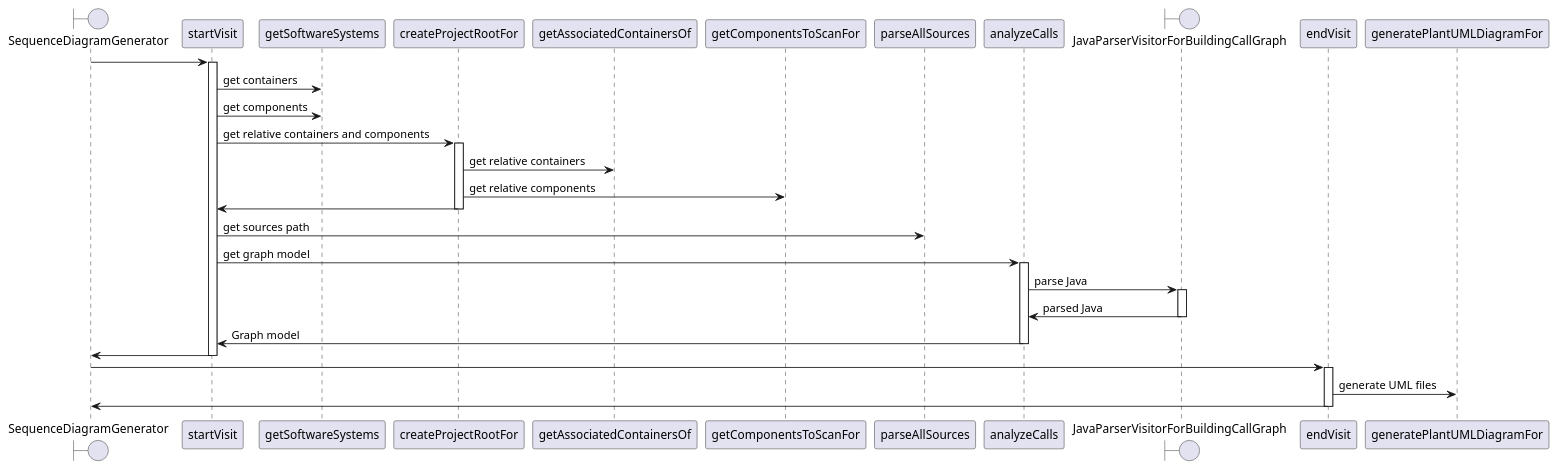
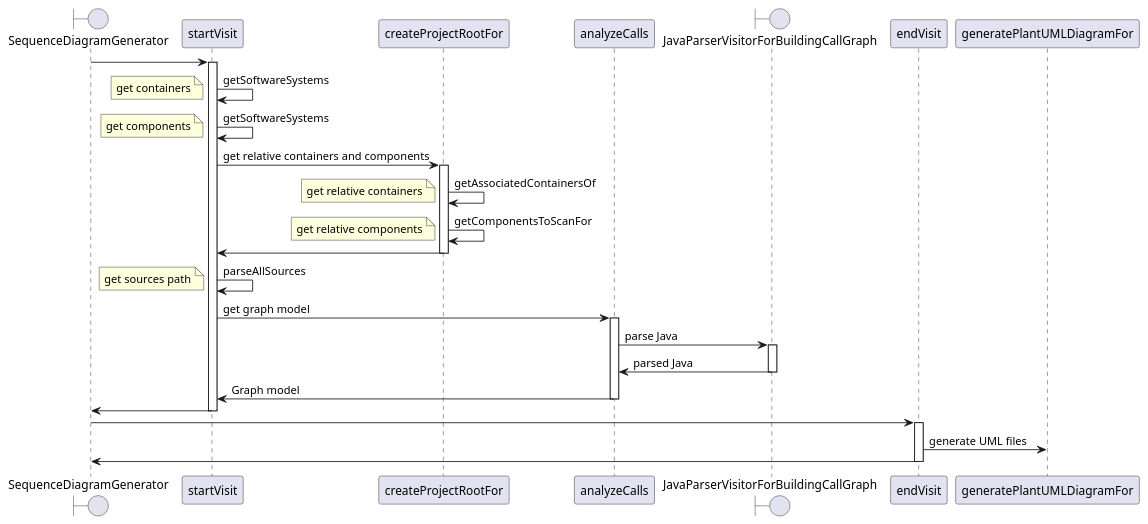
Before and after one commit to Riduidel/aadarchi: the diagram in sequence-diagram-generator/sequence.plantuml, drawn with PlantUML.

Commit message:
diagram sequence updated + fixed syntaxe

```diff
--- a/sequence-diagram-generator/sequence.plantuml
+++ b/sequence-diagram-generator/sequence.plantuml
@@ -1,46 +1,63 @@
 @startuml
 
 boundary SequenceDiagramGenerator
 SequenceDiagramGenerator -> startVisit
 activate startVisit
 
-startVisit -> getSoftwareSystems: get containers
+startVisit -> startVisit: getSoftwareSystems
+note left
+  get containers
+end note
 
-startVisit -> getSoftwareSystems: get components
+startVisit -> startVisit: getSoftwareSystems
+note left
+  get components
+end note
 
 startVisit -> createProjectRootFor: get relative containers and components
 activate createProjectRootFor
 
-createProjectRootFor -> getAssociatedContainersOf: get relative containers
-createProjectRootFor -> getComponentsToScanFor: get relative components
+createProjectRootFor -> createProjectRootFor: getAssociatedContainersOf
+note left
+  get relative containers
+end note
+
+createProjectRootFor -> createProjectRootFor: getComponentsToScanFor
+note left
+  get relative components
+end note
+
 createProjectRootFor -> startVisit
 deactivate createProjectRootFor
 
-startVisit -> parseAllSources: get sources path
+startVisit -> startVisit: parseAllSources
+note left
+  get sources path
+end note
 
 startVisit -> analyzeCalls: get graph model
 activate analyzeCalls
 
 
 boundary JavaParserVisitorForBuildingCallGraph
 analyzeCalls -> JavaParserVisitorForBuildingCallGraph: parse Java
 activate JavaParserVisitorForBuildingCallGraph
 
 JavaParserVisitorForBuildingCallGraph -> analyzeCalls: parsed Java
 deactivate JavaParserVisitorForBuildingCallGraph
 
 analyzeCalls -> startVisit: Graph model
 deactivate analyzeCalls
 
 startVisit -> SequenceDiagramGenerator
 deactivate startVisit
 
 SequenceDiagramGenerator -> endVisit
 activate endVisit
 
 endVisit -> generatePlantUMLDiagramFor: generate UML files
 
 endVisit -> SequenceDiagramGenerator
 deactivate endVisit
 
 @enduml
```
